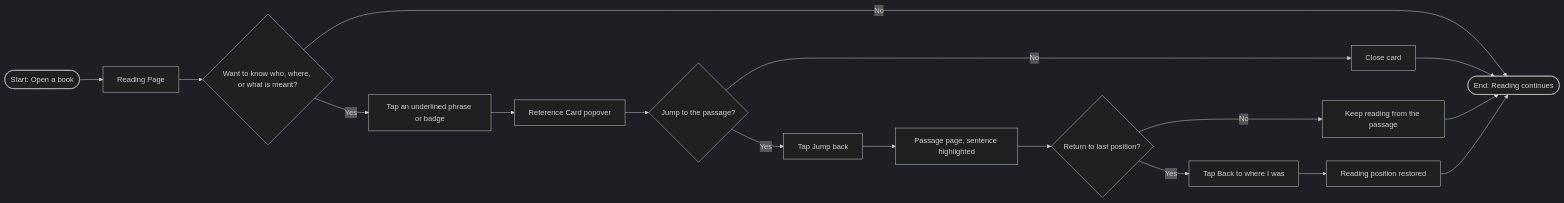
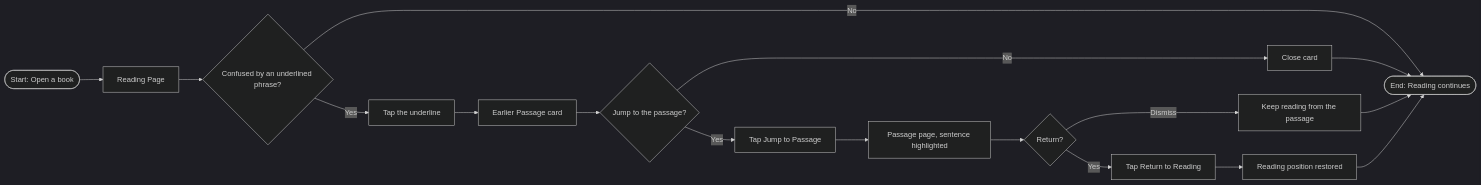
Before and after one commit to AftrHours/PRD: the first of 2 diagrams in 2.1-Reference-Passage-EN.md, drawn with Mermaid (dark theme). The commit also changed other lines of this file and 6 other files, not shown here.

````diff
--- a/2.1-Reference-Passage-EN.md
+++ b/2.1-Reference-Passage-EN.md
@@ -174,14 +181,14 @@
 ```mermaid
 flowchart LR
   A([Start: Open a book]) --> B[Reading Page]
-  B --> C{Want to know who, where, or what is meant?}
+  B --> C{Confused by an underlined phrase?}
   C -- No --> Z([End: Reading continues])
-  C -- Yes --> D[Tap an underlined phrase or badge]
-  D --> E[Reference Card popover]
+  C -- Yes --> D[Tap the underline]
+  D --> E[Earlier Passage card]
   E --> F{Jump to the passage?}
   F -- No --> G[Close card] --> Z
-  F -- Yes --> H[Tap Jump back] --> I[Passage page, sentence highlighted]
-  I --> J{Return to last position?}
-  J -- No --> K[Keep reading from the passage] --> Z
-  J -- Yes --> L[Tap Back to where I was] --> M[Reading position restored] --> Z
+  F -- Yes --> H[Tap Jump to Passage] --> I[Passage page, sentence highlighted]
+  I --> J{Return?}
+  J -- Dismiss --> K[Keep reading from the passage] --> Z
+  J -- Yes --> L[Tap Return to Reading] --> M[Reading position restored] --> Z
 ```
````
